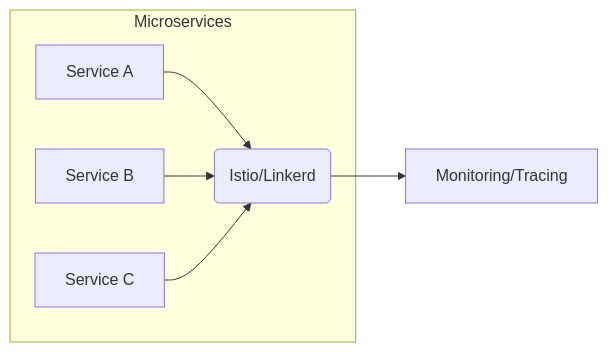
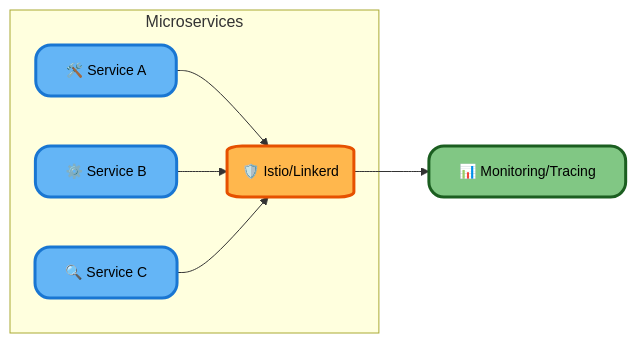
One commit to infoyouth/infoyouth.github.io changed the fifth of 6 diagrams in _posts/2025-02-13-12.-advanced-devops-practices.md. Above: the diagram before and after it, drawn with Mermaid. The commit also changed other lines of this file, not shown here.

````diff
--- a/_posts/2025-02-13-12.-advanced-devops-practices.md
+++ b/_posts/2025-02-13-12.-advanced-devops-practices.md
@@ -221,9 +279,20 @@
 ```mermaid
 graph LR
     subgraph Microservices
-        A[Service A] --> B(Istio/Linkerd);
-        C[Service B] --> B;
-        D[Service C] --> B;
+        A["🛠️ Service A"] --> B("🛡️ Istio/Linkerd");
+        C["⚙️ Service B"] --> B;
+        D["🔍 Service C"] --> B;
     end
-    B --> E[Monitoring/Tracing];
+    B --> E["📊 Monitoring/Tracing"];
+
+    %% Custom Styles
+    classDef serviceStyle fill:#64B5F6,stroke:#1976D2,color:#000000,font-size:14px,stroke-width:3px,rx:15px,shadow:4px;
+    classDef meshStyle fill:#FFB74D,stroke:#E65100,color:#000000,font-size:14px,stroke-width:3px,rx:15px,shadow:4px;
+    classDef monitorStyle fill:#81C784,stroke:#1B5E20,color:#000000,font-size:14px,stroke-width:3px,rx:15px,shadow:4px;
+
+    %% Apply Classes
+    class A,C,D serviceStyle;
+    class B meshStyle;
+    class E monitorStyle;
+
 ```
````
